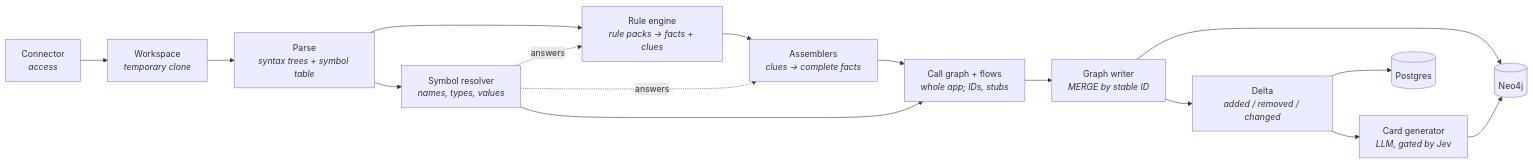
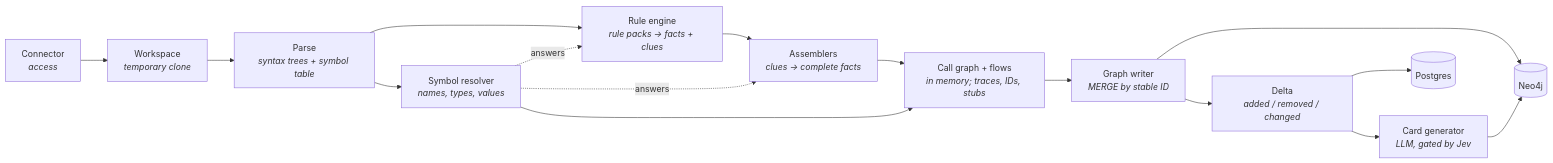
Before and after one commit to KBavis/steno: the first of 5 diagrams in docs/ingestion.md, drawn with Mermaid. The commit also changed other lines of this file and 35 other files, not shown here.

Commit message:
feat: store flow traces instead of Function nodes; nightly ingestion

````diff
--- a/docs/ingestion.md
+++ b/docs/ingestion.md
@@ -25,18 +26,18 @@
 ```mermaid
 flowchart LR
     C[Connector<br/><i>access</i>] --> W[Workspace<br/><i>temporary clone</i>]
     W --> P[Parse<br/><i>syntax trees + symbol table</i>]
     P --> X[Rule engine<br/><i>rule packs → facts + clues</i>]
     P --> SR[Symbol resolver<br/><i>names, types, values</i>]
     SR -. answers .-> X
     X --> A[Assemblers<br/><i>clues → complete facts</i>]
     SR -. answers .-> A
-    A --> CG[Call graph + flows<br/><i>whole app; IDs, stubs</i>]
+    A --> CG[Call graph + flows<br/><i>in memory; traces, IDs, stubs</i>]
     SR --> CG
     CG --> GW[Graph writer<br/><i>MERGE by stable ID</i>]
     GW --> D[Delta<br/><i>added / removed / changed</i>]
     D --> CARD[Card generator<br/><i>LLM, gated by Jev</i>]
     GW --> NEO[(Neo4j)]
     CARD --> NEO
     D --> PG[(Postgres)]
 ```
````
